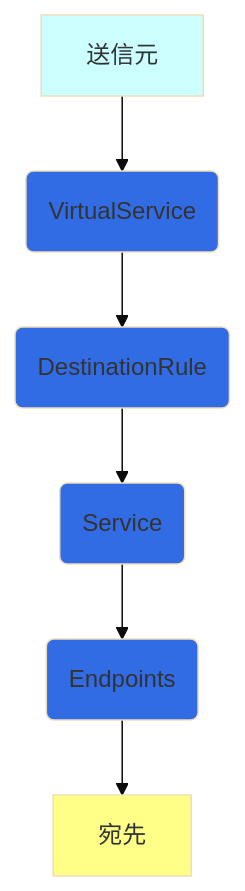
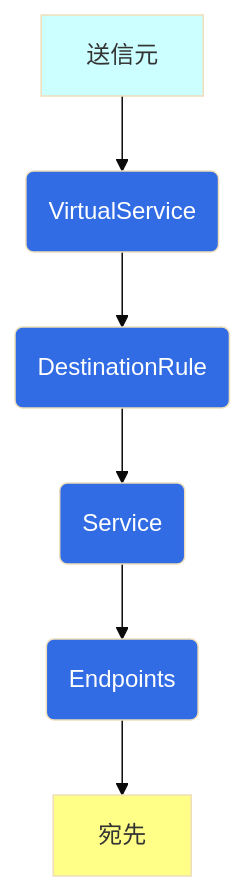
Before and after one commit to hiroki-it/hatenablog: the second of 4 diagrams in dist/draft/【Istio⛵️】IstioによるEnvoyの抽象化.md, drawn with Mermaid (base theme). The commit also changed other lines of this file, not shown here.

````diff
--- a/dist/draft/【Istio⛵️】IstioによるEnvoyの抽象化.md
+++ b/dist/draft/【Istio⛵️】IstioによるEnvoyの抽象化.md
@@ -103,17 +103,17 @@
 ```mermaid
 flowchart TD
     送信元 --> VirtualService
-    VirtualService(VirtualService) --> DestinationRule
-    DestinationRule(DestinationRule) --> Service
-    Service(Service) --> Endpoints
-    Endpoints(Endpoints) --> 宛先
+    VirtualService(<font color=white>VirtualService) --> DestinationRule
+    DestinationRule(<font color=white>DestinationRule) --> Service
+    Service(<font color=white>Service) --> Endpoints
+    Endpoints(<font color=white>Endpoints) --> 宛先
 
     classDef sly fill :#CCFFFF;
     class 送信元 sly
 
     classDef yellow fill :#FFFF88;
     class 宛先 yellow
 
     classDef blue fill :#326CE5;
     class VirtualService,DestinationRule,Service,Endpoints blue
 ```
````
